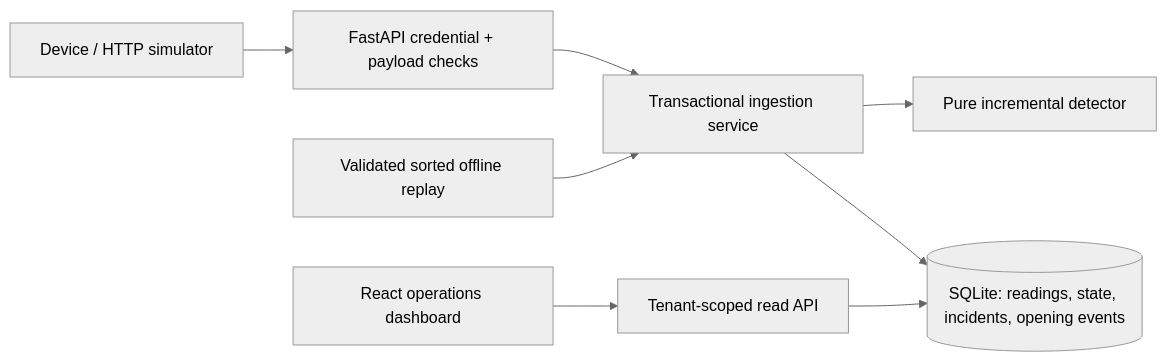
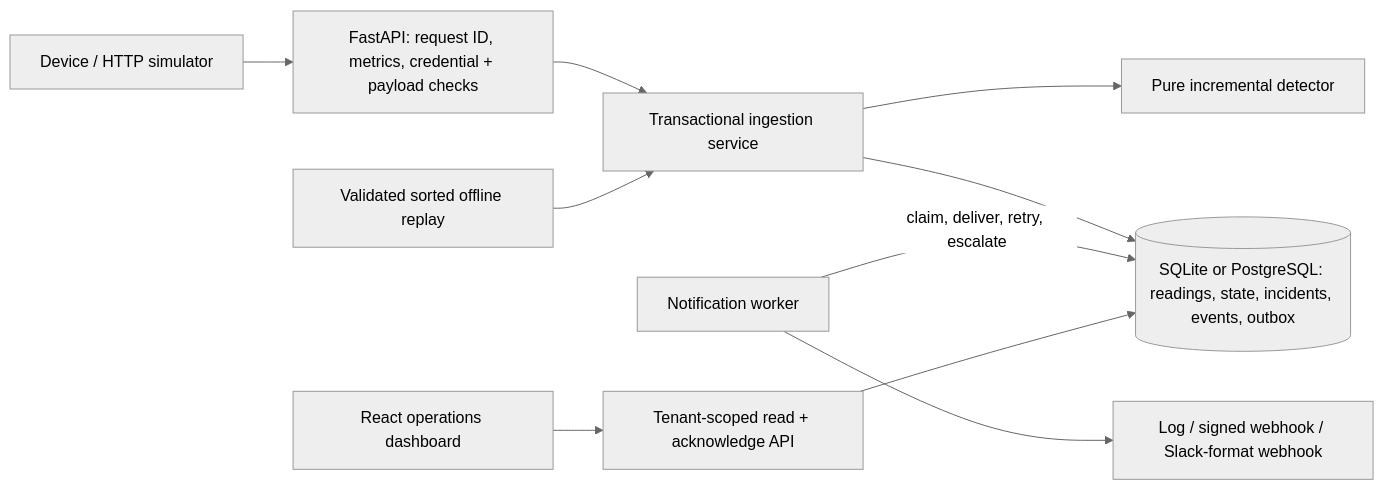
One commit to saravanan-igt/cold-chain-alerting changed the first of 3 diagrams in SOLUTION_DESIGN.md. Above: the diagram before and after it, drawn with Mermaid (neutral theme). The commit also changed other lines of this file and 59 other files, not shown here.

````diff
--- a/SOLUTION_DESIGN.md
+++ b/SOLUTION_DESIGN.md
@@ -21,10 +21,12 @@
 ```mermaid
 flowchart LR
-  Device[Device / HTTP simulator] --> API[FastAPI credential + payload checks]
+  Device[Device / HTTP simulator] --> API[FastAPI: request ID, metrics, credential + payload checks]
   API --> Service[Transactional ingestion service]
   Replay[Validated sorted offline replay] --> Service
   Service --> Domain[Pure incremental detector]
-  Service --> DB[(SQLite: readings, state, incidents, opening events)]
-  UI[React operations dashboard] --> Read[Tenant-scoped read API]
+  Service --> DB[(SQLite or PostgreSQL: readings, state, incidents, events, outbox)]
+  Worker[Notification worker] -->|claim, deliver, retry, escalate| DB
+  Worker --> Channels[Log / signed webhook / Slack-format webhook]
+  UI[React operations dashboard] --> Read[Tenant-scoped read + acknowledge API]
   Read --> DB
 ```
````
